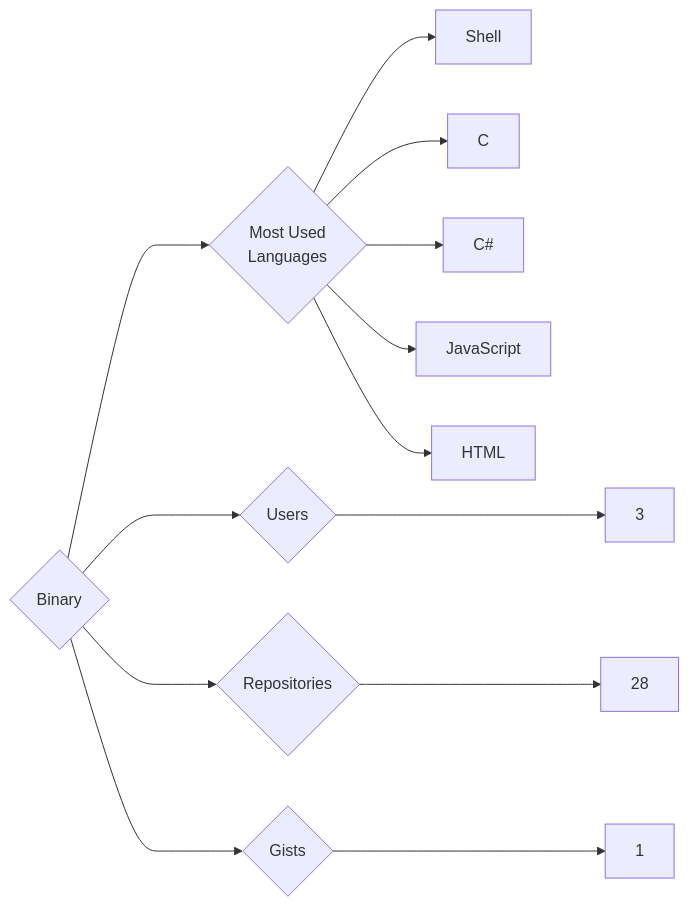
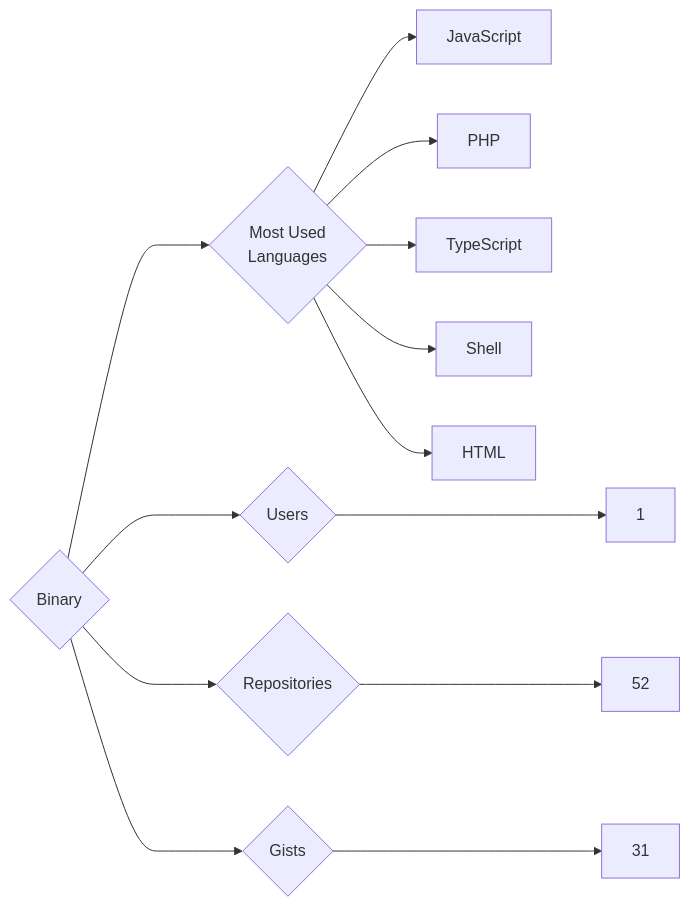
One commit to trickest/insiders changed the diagram in targets/Binary/README.md. Above: the diagram before and after it, drawn with Mermaid. The commit also changed 594 other files, not shown here.

````diff
--- a/targets/Binary/README.md
+++ b/targets/Binary/README.md
@@ -3,13 +3,13 @@
 ```mermaid
 graph LR
 COMPANY_NAME{Binary}
-COMPANY_NAME ---> U{Users} ---> UN[3]
-COMPANY_NAME ---> R{Repositories} ---> RN[28]
-COMPANY_NAME ---> G{Gists} ---> GN[1]
+COMPANY_NAME ---> U{Users} ---> UN[1]
+COMPANY_NAME ---> R{Repositories} ---> RN[52]
+COMPANY_NAME ---> G{Gists} ---> GN[31]
 COMPANY_NAME ---> ML{Most Used<br>Languages}
+ML --> JavaScript[JavaScript]
+ML --> PHP[PHP]
+ML --> TypeScript[TypeScript]
 ML --> Shell[Shell]
-ML --> C[C]
-ML --> C#[C#]
-ML --> JavaScript[JavaScript]
 ML --> HTML[HTML]
 ```
````
